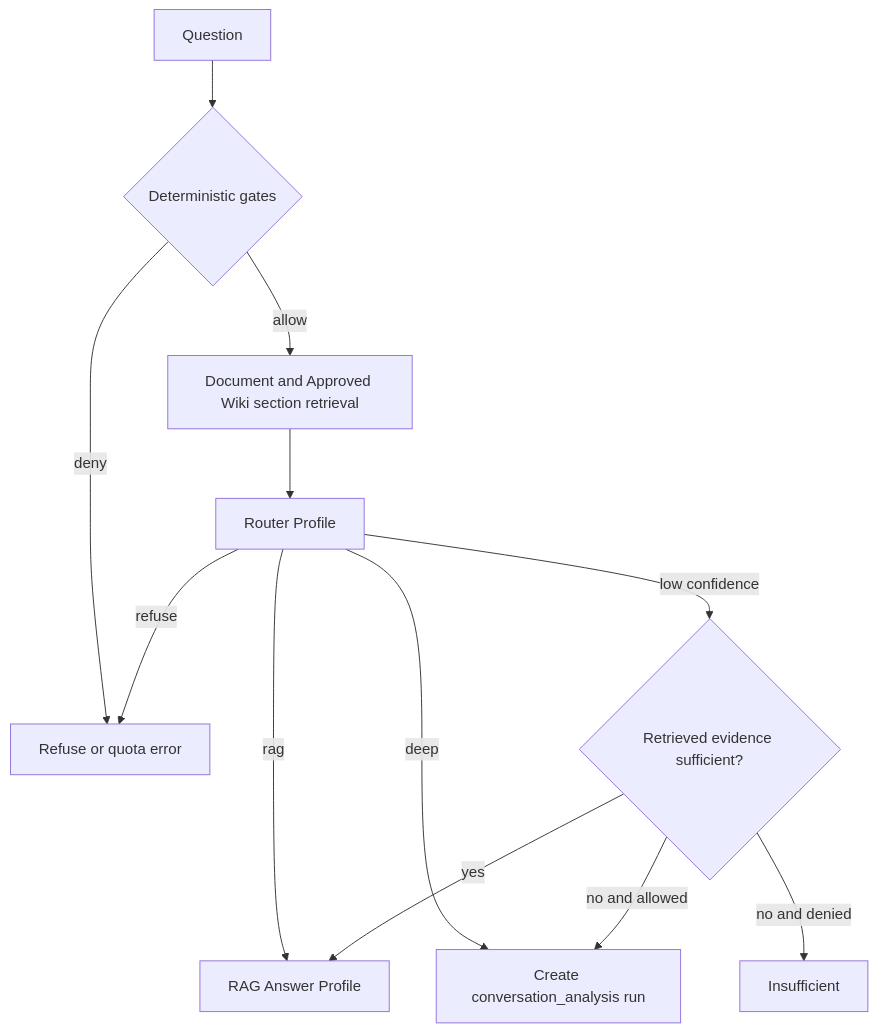
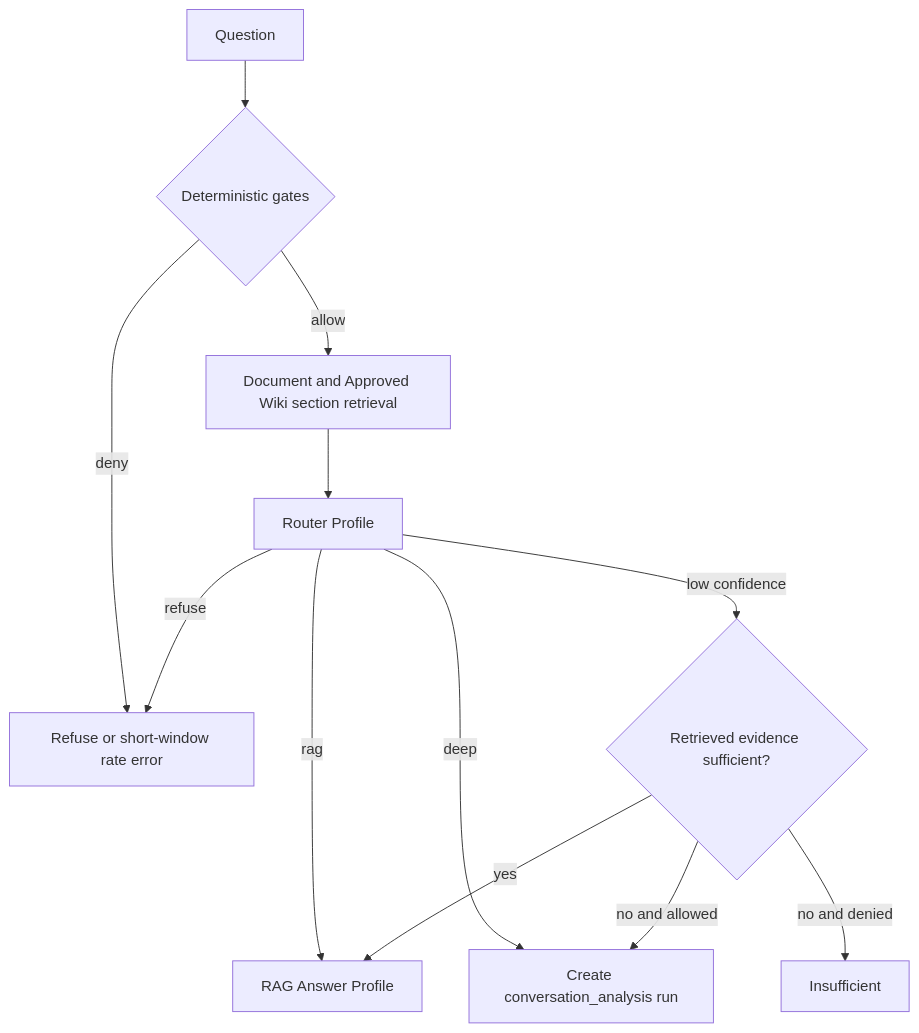
One commit to monshunter/askme changed the third of 4 diagrams in docs/architecture/DESIGN-005.md. Above: the diagram before and after it, drawn with Mermaid. The commit also changed other lines of this file and 73 other files, not shown here.

````diff
--- a/docs/architecture/DESIGN-005.md
+++ b/docs/architecture/DESIGN-005.md
@@ -193,14 +206,14 @@
 ```mermaid
 flowchart TD
   Q["Question"] --> G{"Deterministic gates"}
-  G -->|deny| X["Refuse or quota error"]
+  G -->|deny| X["Refuse or short-window rate error"]
   G -->|allow| R["Document and Approved Wiki section retrieval"]
   R --> L["Router Profile"]
   L -->|rag| A["RAG Answer Profile"]
   L -->|deep| J["Create conversation_analysis run"]
   L -->|refuse| X
   L -->|low confidence| T{"Retrieved evidence sufficient?"}
   T -->|yes| A
   T -->|no and allowed| J
   T -->|no and denied| I["Insufficient"]
 ```
````
